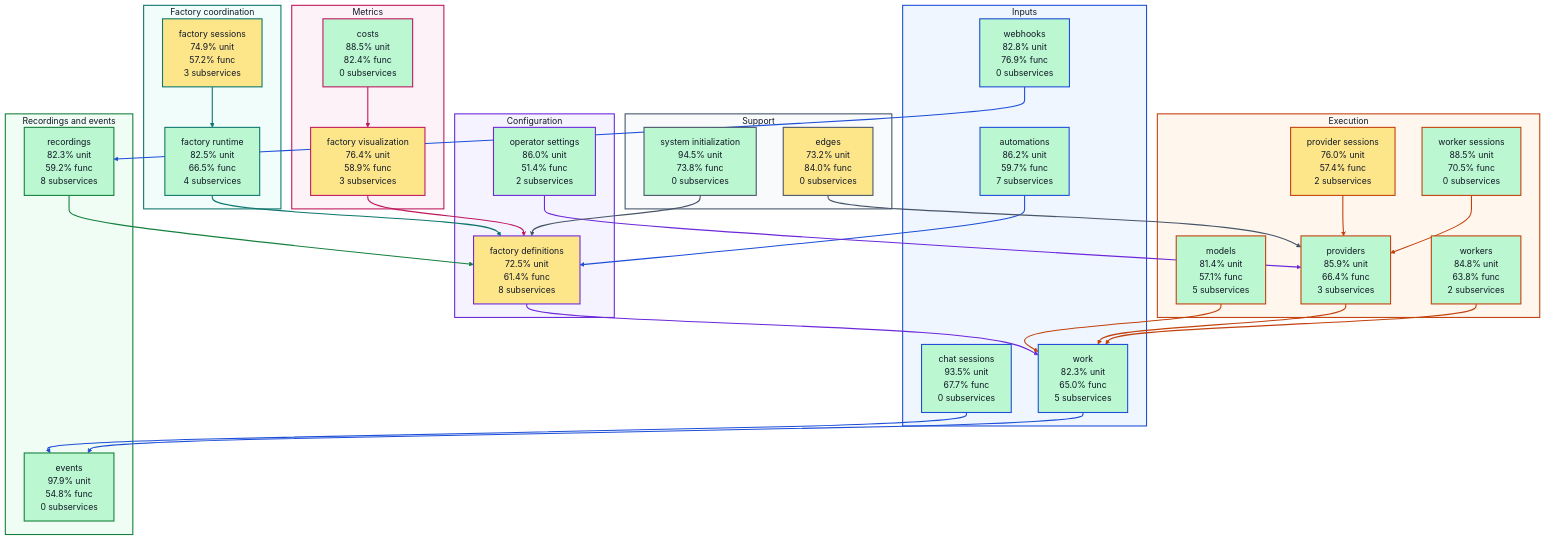
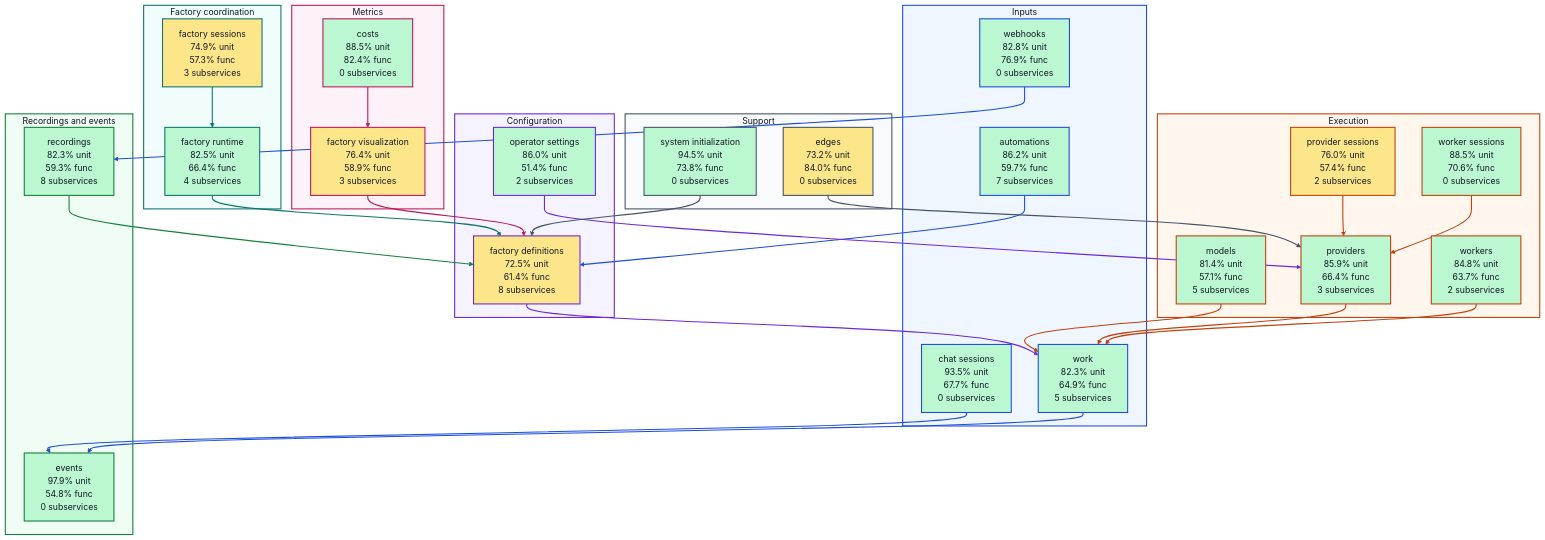
The diagram in docs/architecture/visualizations/high-level-test-coverage.md (portpowered/you-agent-factory), drawn with Mermaid before and after one commit. The commit also changed other lines of this file and 19 other files, not shown here.

Commit message:
docs: refresh backend architecture visualizations

```diff
--- a/docs/architecture/visualizations/high-level-test-coverage.md
+++ b/docs/architecture/visualizations/high-level-test-coverage.md
@@ -14,26 +14,26 @@
     s_services_automations["automations<br/>86.2% unit<br/>59.7% func<br/>7 subservices"]
     s_services_chat_sessions["chat sessions<br/>93.5% unit<br/>67.7% func<br/>0 subservices"]
     s_services_webhooks["webhooks<br/>82.8% unit<br/>76.9% func<br/>0 subservices"]
-    s_services_work["work<br/>82.3% unit<br/>65.0% func<br/>5 subservices"]
+    s_services_work["work<br/>82.3% unit<br/>64.9% func<br/>5 subservices"]
   end
   subgraph configuration["Configuration"]
     s_services_factory_definitions["factory definitions<br/>72.5% unit<br/>61.4% func<br/>8 subservices"]
     s_services_operator_settings["operator settings<br/>86.0% unit<br/>51.4% func<br/>2 subservices"]
   end
   subgraph coordination["Factory coordination"]
-    s_services_factory_runtime["factory runtime<br/>82.5% unit<br/>66.5% func<br/>4 subservices"]
-    s_services_factory_sessions["factory sessions<br/>74.9% unit<br/>57.2% func<br/>3 subservices"]
+    s_services_factory_runtime["factory runtime<br/>82.5% unit<br/>66.4% func<br/>4 subservices"]
+    s_services_factory_sessions["factory sessions<br/>74.9% unit<br/>57.3% func<br/>3 subservices"]
   end
   subgraph execution["Execution"]
     s_services_models["models<br/>81.4% unit<br/>57.1% func<br/>5 subservices"]
     s_services_provider_sessions["provider sessions<br/>76.0% unit<br/>57.4% func<br/>2 subservices"]
     s_services_providers["providers<br/>85.9% unit<br/>66.4% func<br/>3 subservices"]
-    s_services_worker_sessions["worker sessions<br/>88.5% unit<br/>70.5% func<br/>0 subservices"]
-    s_services_workers["workers<br/>84.8% unit<br/>63.8% func<br/>2 subservices"]
+    s_services_worker_sessions["worker sessions<br/>88.5% unit<br/>70.6% func<br/>0 subservices"]
+    s_services_workers["workers<br/>84.8% unit<br/>63.7% func<br/>2 subservices"]
   end
   subgraph recordings["Recordings and events"]
     s_services_events["events<br/>97.9% unit<br/>54.8% func<br/>0 subservices"]
-    s_services_recordings["recordings<br/>82.3% unit<br/>59.2% func<br/>8 subservices"]
+    s_services_recordings["recordings<br/>82.3% unit<br/>59.3% func<br/>8 subservices"]
   end
   subgraph metrics["Metrics"]
     s_services_costs["costs<br/>88.5% unit<br/>82.4% func<br/>0 subservices"]
```
